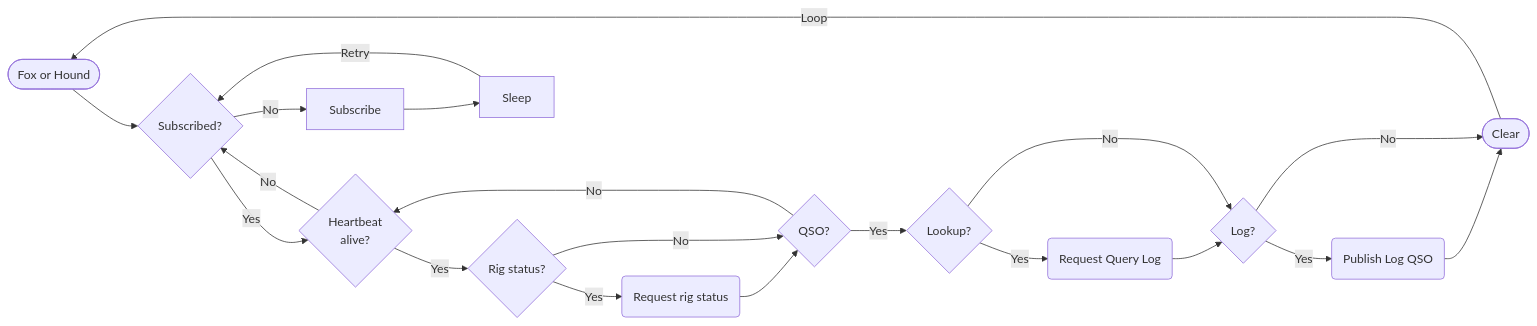
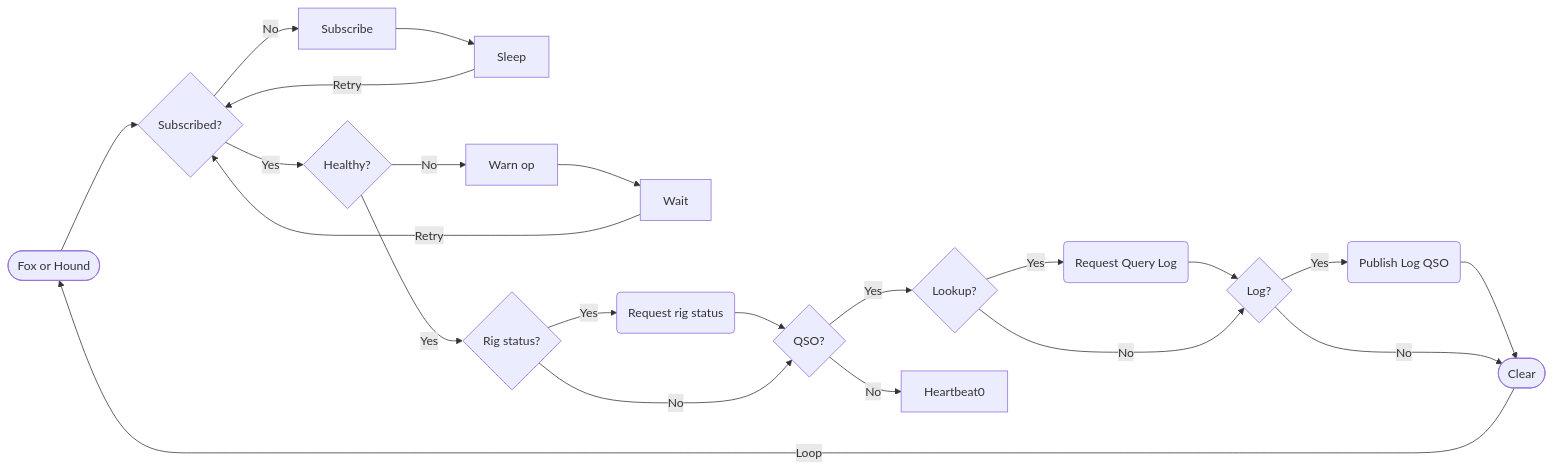
Before and after one commit to ckuhtz/ham: the first of 6 diagrams in doc/workflows.md, drawn with Mermaid. The commit also changed other lines of this file, not shown here.

````diff
--- a/doc/workflows.md
+++ b/doc/workflows.md
@@ -17,24 +25,25 @@
 ```mermaid
 flowchart LR;
     Start([Fox or Hound]);
     Clear([Clear]);
     Start --> Subscribed0{Subscribed?};
-    Subscribed0 -->|Yes| Heartbeat0{Heartbeat<br>alive?};
-    Heartbeat0 -->|Yes| Rig0{Rig status?};
-    Heartbeat0 -->|No| Subscribed0;
     Subscribed0 -->|No| Subscribed1[Subscribe];
     Subscribed1 --> Sleep0[Sleep];
     Sleep0 -->|Retry| Subscribed0;
-    Rig0 -->|Yes| Rig1(Request rig status);
+    Wait0 -->|Retry| Subscribed0;    Rig0 -->|Yes| Rig1(Request rig status);
+    Subscribed0 -->|Yes| Health0{Healthy?};
+    Health0 -->|Yes| Rig0{Rig status?};
+    Health0 -->|No| Warn0[Warn op];
+    Warn0 --> Wait0[Wait];
     Rig1 --> QSO0{QSO?};
     Rig0 -->|No| QSO0; 
     QSO0 -->|Yes| Lookup0{Lookup?};
     QSO0 -->|No| Heartbeat0;
     Lookup0 -->|Yes| Lookup1(Request Query Log);
     Lookup1 --> LogQSO0;
     Lookup0 -->|No| LogQSO0{Log?};
     LogQSO0 -->|Yes| LogQSO1(Publish Log QSO);
     LogQSO1 --> Clear;
     LogQSO0 -->|No| Clear;
     Clear -->|Loop| Start;
 ```
````
